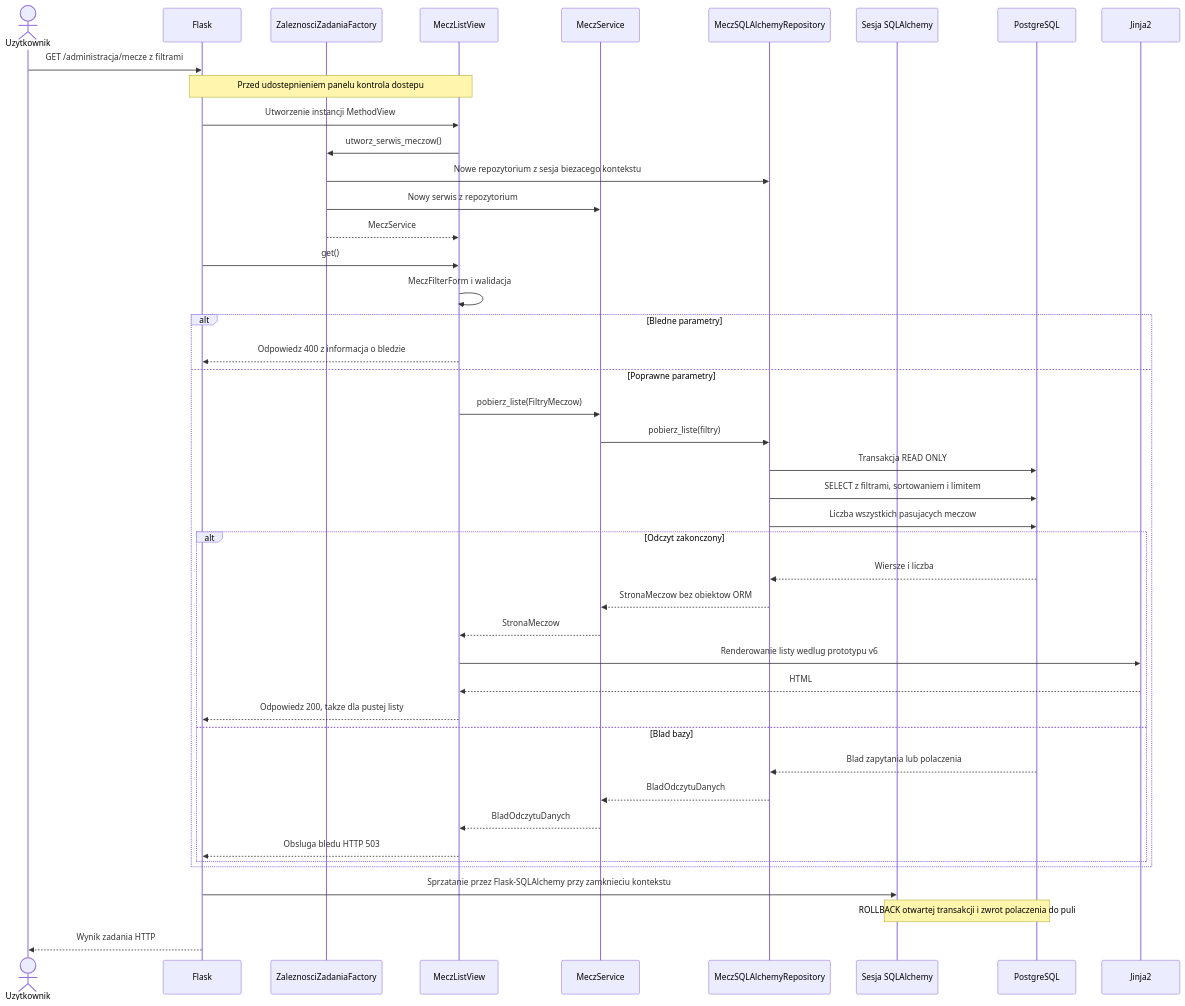
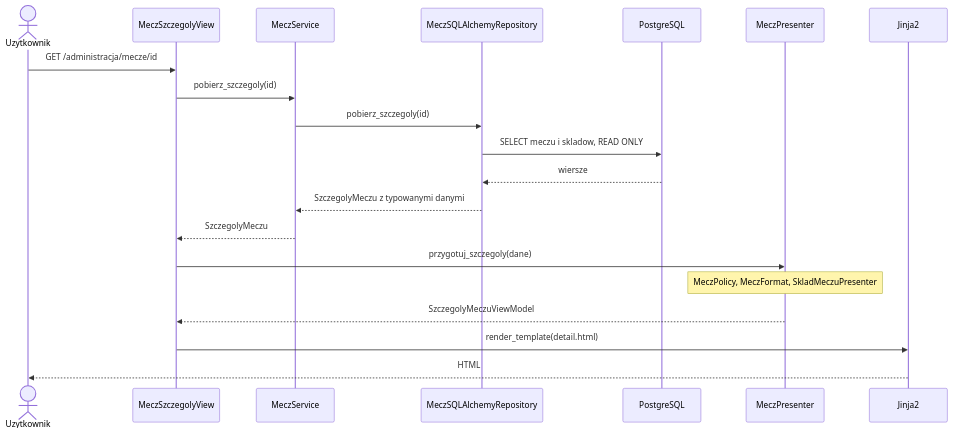
Before and after one commit to michkaminski/handaball_datascience: the third of 3 diagrams in docs/UML.md, drawn with Mermaid. The commit also changed other lines of this file and 32 other files, not shown here.

````diff
--- a/docs/UML.md
+++ b/docs/UML.md
@@ -164,46 +73,22 @@
 ```mermaid
 sequenceDiagram
     actor U as Uzytkownik
-    participant F as Flask
-    participant Z as ZaleznosciZadaniaFactory
-    participant W as MeczListView
+    participant V as MeczSzczegolyView
     participant S as MeczService
     participant R as MeczSQLAlchemyRepository
-    participant K as Sesja SQLAlchemy
     participant B as PostgreSQL
+    participant P as MeczPresenter
     participant J as Jinja2
-    U->>F: GET /administracja/mecze z filtrami
-    Note over F,W: Przed udostepnieniem panelu kontrola dostepu
-    F->>W: Utworzenie instancji MethodView
-    W->>Z: utworz_serwis_meczow()
-    Z->>R: Nowe repozytorium z sesja biezacego kontekstu
-    Z->>S: Nowy serwis z repozytorium
-    Z-->>W: MeczService
-    F->>W: get()
-    W->>W: MeczFilterForm i walidacja
-    alt Bledne parametry
-        W-->>F: Odpowiedz 400 z informacja o bledzie
-    else Poprawne parametry
-        W->>S: pobierz_liste(FiltryMeczow)
-        S->>R: pobierz_liste(filtry)
-        R->>B: Transakcja READ ONLY
-        R->>B: SELECT z filtrami, sortowaniem i limitem
-        R->>B: Liczba wszystkich pasujacych meczow
-        alt Odczyt zakonczony
-            B-->>R: Wiersze i liczba
-            R-->>S: StronaMeczow bez obiektow ORM
-            S-->>W: StronaMeczow
-            W->>J: Renderowanie listy wedlug prototypu v6
-            J-->>W: HTML
-            W-->>F: Odpowiedz 200, takze dla pustej listy
-        else Blad bazy
-            B-->>R: Blad zapytania lub polaczenia
-            R-->>S: BladOdczytuDanych
-            S-->>W: BladOdczytuDanych
-            W-->>F: Obsluga bledu HTTP 503
-        end
-    end
-    F->>K: Sprzatanie przez Flask-SQLAlchemy przy zamknieciu kontekstu
-    Note over K,B: ROLLBACK otwartej transakcji i zwrot polaczenia do puli
-    F-->>U: Wynik zadania HTTP
+    U->>V: GET /administracja/mecze/id
+    V->>S: pobierz_szczegoly(id)
+    S->>R: pobierz_szczegoly(id)
+    R->>B: SELECT meczu i skladow, READ ONLY
+    B-->>R: wiersze
+    R-->>S: SzczegolyMeczu z typowanymi danymi
+    S-->>V: SzczegolyMeczu
+    V->>P: przygotuj_szczegoly(dane)
+    Note over P: MeczPolicy, MeczFormat, SkladMeczuPresenter
+    P-->>V: SzczegolyMeczuViewModel
+    V->>J: render_template(detail.html)
+    J-->>U: HTML
 ```
````
